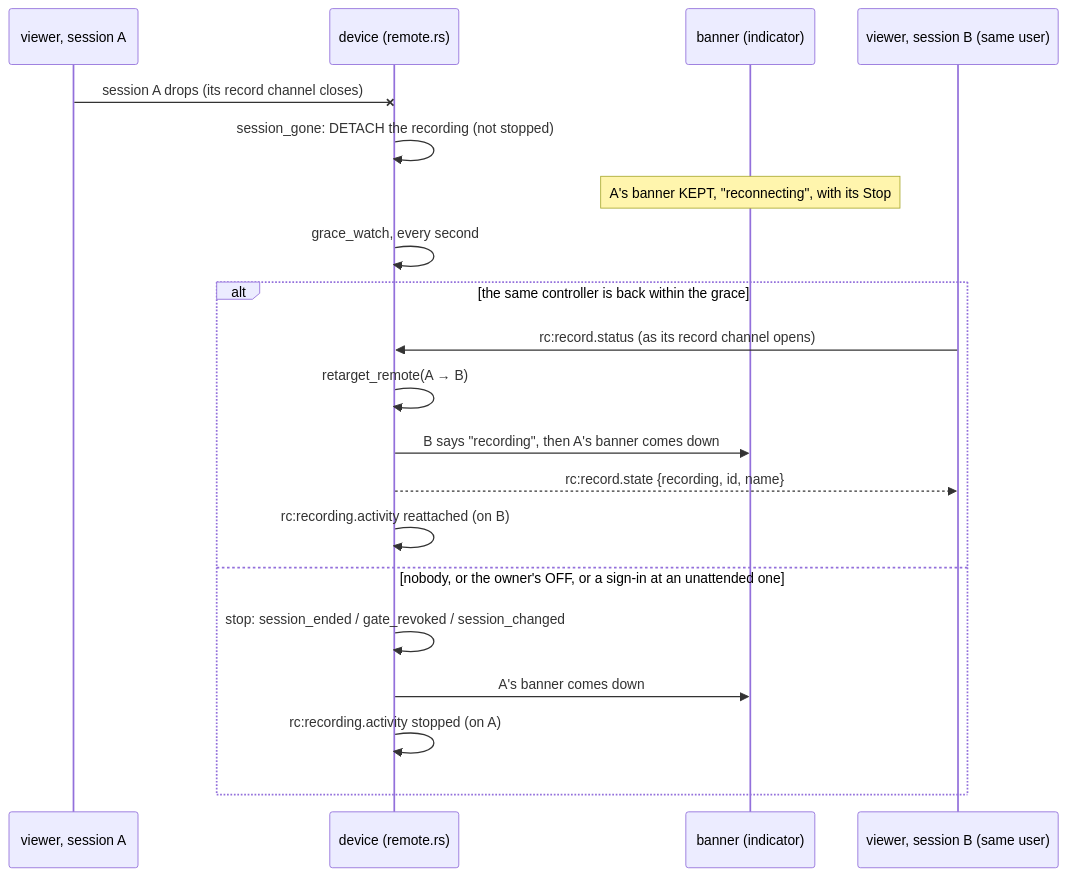
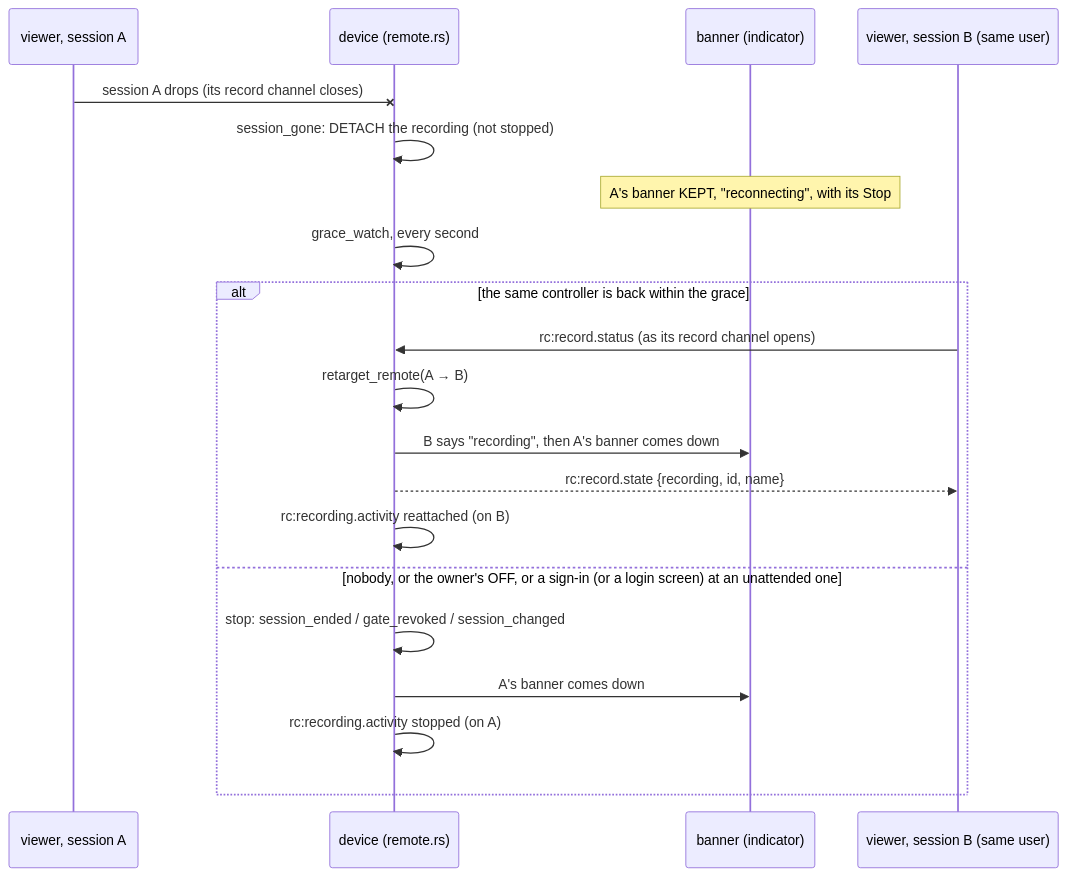
One commit to gjovanov/roomler-ai changed the tenth of 13 diagrams in docs/recording.md. Above: the diagram before and after it, drawn with Mermaid. The commit also changed other lines of this file and 13 other files, not shown here.

First line of the commit message:
fix(fr-85): a login screen is not "nobody" — refused by name, never unattended (decision 6) (#1720)

````diff
--- a/docs/recording.md
+++ b/docs/recording.md
@@ -765,22 +817,22 @@
 ```mermaid
 sequenceDiagram
     participant V1 as viewer, session A
     participant D as device (remote.rs)
     participant B as banner (indicator)
     participant V2 as viewer, session B (same user)
     V1-xD: session A drops (its record channel closes)
     D->>D: session_gone: DETACH the recording (not stopped)
     Note over B: A's banner KEPT, "reconnecting", with its Stop
     D->>D: grace_watch, every second
     alt the same controller is back within the grace
         V2->>D: rc:record.status (as its record channel opens)
         D->>D: retarget_remote(A → B)
         D->>B: B says "recording", then A's banner comes down
         D-->>V2: rc:record.state {recording, id, name}
         D->>D: rc:recording.activity reattached (on B)
-    else nobody, or the owner's OFF, or a sign-in at an unattended one
+    else nobody, or the owner's OFF, or a sign-in (or a login screen) at an unattended one
         D->>D: stop: session_ended / gate_revoked / session_changed
         D->>B: A's banner comes down
         D->>D: rc:recording.activity stopped (on A)
     end
 ```
````
